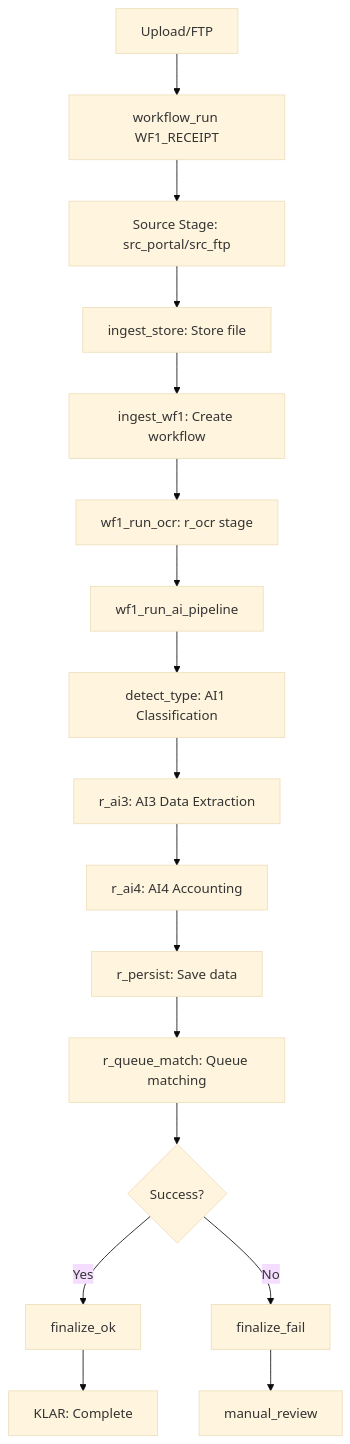
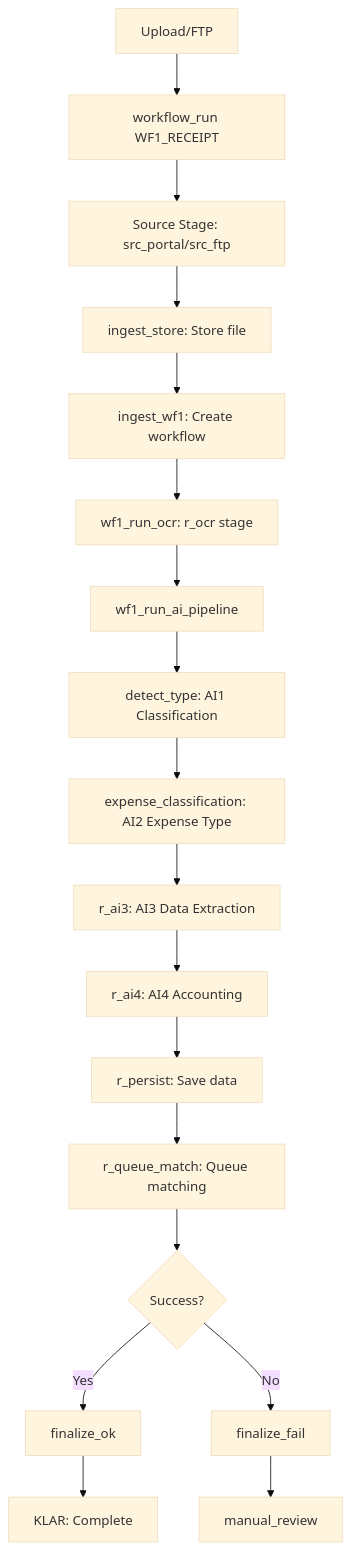
Before and after one commit to monoconsulting/Mind2: the first of 4 diagrams in docs/source_of_truth/50_PIPELINES_AND_JOBS.md, drawn with Mermaid (base theme). The commit also changed other lines of this file and 142 other files, not shown here.

````diff
--- a/docs/source_of_truth/50_PIPELINES_AND_JOBS.md
+++ b/docs/source_of_truth/50_PIPELINES_AND_JOBS.md
@@ -32,19 +32,20 @@
 ```mermaid
 flowchart TD
     U[Upload/FTP] --> WFR[workflow_run WF1_RECEIPT]
     WFR --> SRC[Source Stage: src_portal/src_ftp]
     SRC --> STORE[ingest_store: Store file]
     STORE --> WF1[ingest_wf1: Create workflow]
     WF1 --> OCR[wf1_run_ocr: r_ocr stage]
     OCR --> AI[wf1_run_ai_pipeline]
     AI --> DT[detect_type: AI1 Classification]
-    DT --> AI3[r_ai3: AI3 Data Extraction]
+    DT --> AI2[expense_classification: AI2 Expense Type]
+    AI2 --> AI3[r_ai3: AI3 Data Extraction]
     AI3 --> AI4[r_ai4: AI4 Accounting]
     AI4 --> PERSIST[r_persist: Save data]
     PERSIST --> MATCH[r_queue_match: Queue matching]
     MATCH --> FIN{Success?}
     FIN -->|Yes| OK[finalize_ok]
     FIN -->|No| FAIL[finalize_fail]
     OK --> KLAR[KLAR: Complete]
     FAIL --> MR[manual_review]
 ```
````
